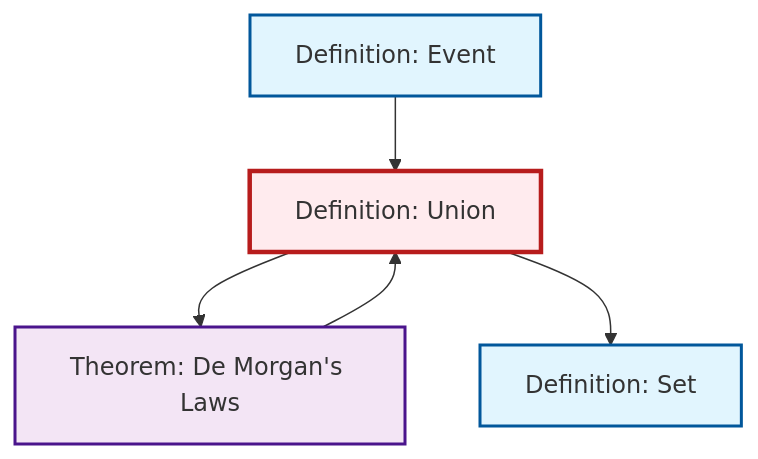
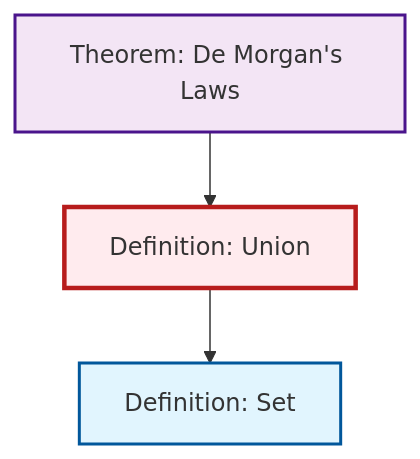
One commit to RK0429/ModernMath changed the diagram in content/en/logic-set-theory/def-union.qmd. Above: the diagram before and after it, drawn with Mermaid. The commit also changed 511 other files, not shown here.

````diff
--- a/content/en/logic-set-theory/def-union.qmd
+++ b/content/en/logic-set-theory/def-union.qmd
@@ -53,22 +53,15 @@
 ```{mermaid}
 %%| fig-cap: "Local dependency graph"
 graph TD
     classDef definition fill:#e1f5fe,stroke:#01579b,stroke-width:2px
     classDef theorem fill:#f3e5f5,stroke:#4a148c,stroke-width:2px
     classDef axiom fill:#fff3e0,stroke:#e65100,stroke-width:2px
     classDef example fill:#e8f5e9,stroke:#1b5e20,stroke-width:2px
     classDef current fill:#ffebee,stroke:#b71c1c,stroke-width:3px
-    def-event["Definition: Event"]:::definition
     def-union["Definition: Union"]:::definition
     def-set["Definition: Set"]:::definition
     thm-de-morgan["Theorem: De Morgan's Laws"]:::theorem
-    def-union --> thm-de-morgan
     thm-de-morgan --> def-union
     def-union --> def-set
-    def-event --> def-union
     class def-union current
-
-    click def-event "def-event.html" "Go to Event definition"
-    click def-set "def-set.html" "Go to Set definition"
-    click thm-de-morgan "thm-de-morgan.html" "Go to De Morgan's Laws theorem"
 ```
````
